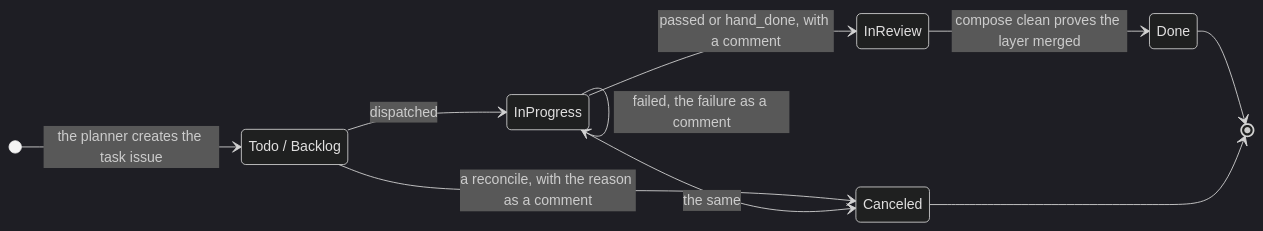
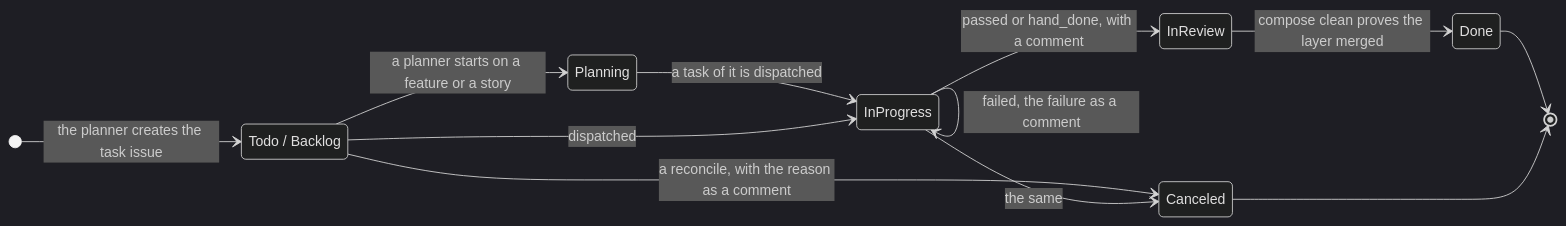
Before and after one commit to prodoxx/compose: the third of 3 diagrams in docs/states.md, drawn with Mermaid (dark theme). The commit also changed other lines of this file and 13 other files, not shown here.

````diff
--- a/docs/states.md
+++ b/docs/states.md
@@ -125,14 +125,16 @@
 ```mermaid
 stateDiagram-v2
     direction LR
     state "Todo / Backlog" as Todo
     [*] --> Todo: the planner creates the task issue
+    Todo --> Planning: a planner starts on a feature or a story
+    Planning --> InProgress: a task of it is dispatched
     Todo --> InProgress: dispatched
     InProgress --> InProgress: failed, the failure as a comment
     InProgress --> InReview: passed or hand_done, with a comment
     InReview --> Done: compose clean proves the layer merged
     Todo --> Canceled: a reconcile, with the reason as a comment
     InProgress --> Canceled: the same
     Done --> [*]
     Canceled --> [*]
 ```
````
